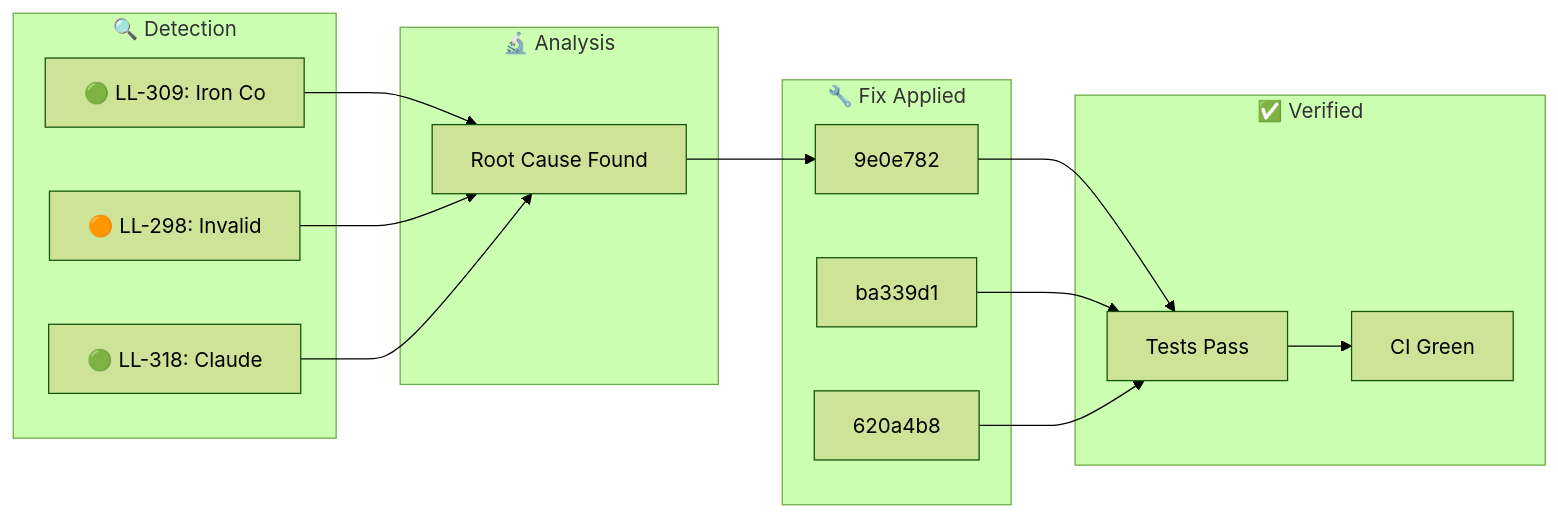
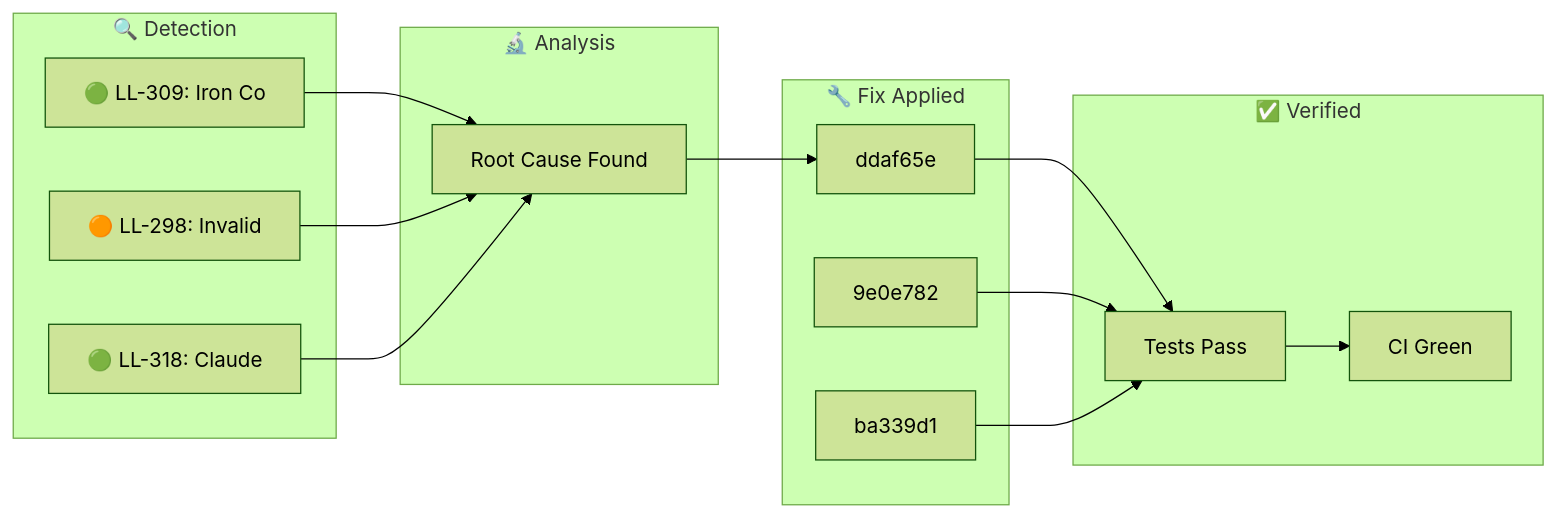
One commit to YoByron/trading changed the diagram in docs/_posts/2026-01-30-ralph-discovery.md. Above: the diagram before and after it, drawn with Mermaid (forest theme). The commit also changed other lines of this file, not shown here.

Commit message:
docs(ralph): Auto-publish discovery blog post

````diff
--- a/docs/_posts/2026-01-30-ralph-discovery.md
+++ b/docs/_posts/2026-01-30-ralph-discovery.md
@@ -17,28 +17,28 @@
 ```mermaid
 flowchart LR
     subgraph Detection["🔍 Detection"]
         D1["🟢 LL-309: Iron Co"]
         D2["🟠 LL-298: Invalid"]
         D3["🟢 LL-318: Claude "]
     end
     subgraph Analysis["🔬 Analysis"]
         A1["Root Cause Found"]
     end
     subgraph Fix["🔧 Fix Applied"]
-        F1["9e0e782"]
-        F2["ba339d1"]
-        F3["620a4b8"]
+        F1["ddaf65e"]
+        F2["9e0e782"]
+        F3["ba339d1"]
     end
     subgraph Verify["✅ Verified"]
         V1["Tests Pass"]
         V2["CI Green"]
     end
     D1 --> A1
     D2 --> A1
     D3 --> A1
     A1 --> F1
     F1 --> V1
     F2 --> V1
     F3 --> V1
     V1 --> V2
 ```
````
